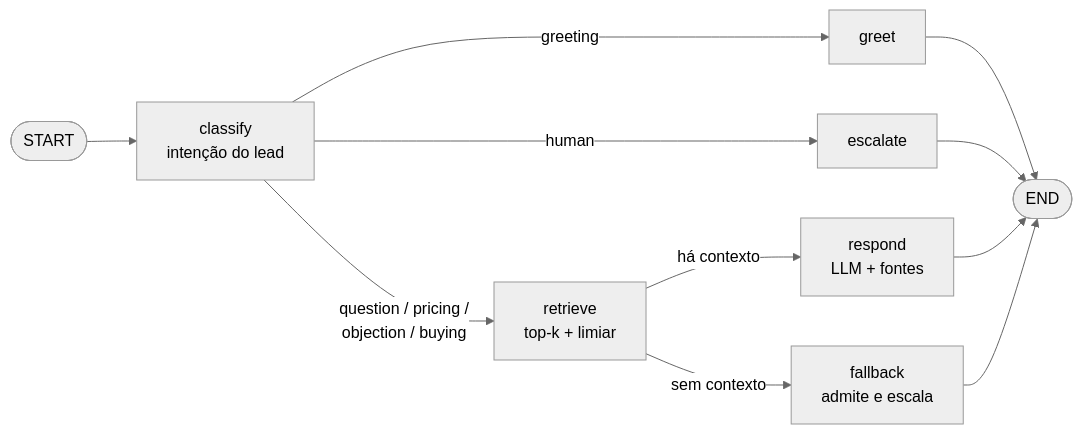
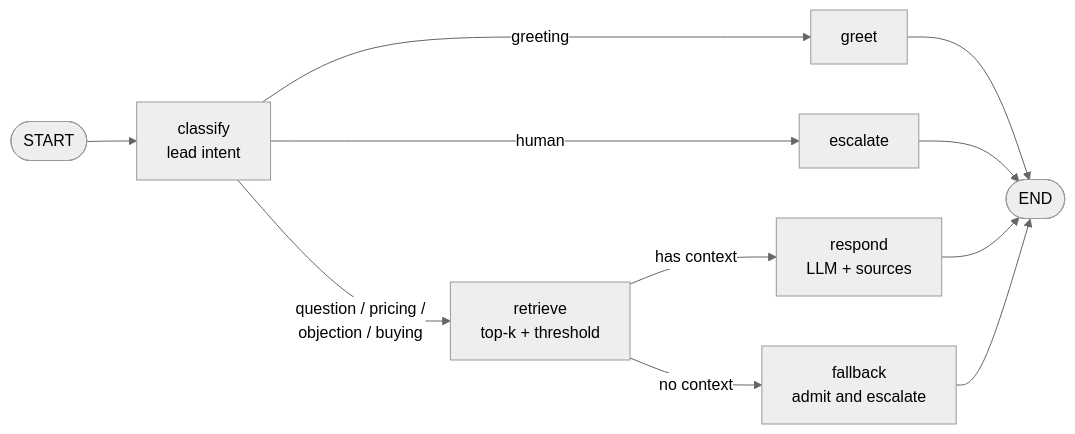
One commit to amonn3/sales-agent-rag changed the diagram in README.md. Above: the diagram before and after it, drawn with Mermaid (neutral theme). The commit also changed other lines of this file, not shown here.

````diff
--- a/README.md
+++ b/README.md
@@ -15,13 +17,13 @@
 ```mermaid
 flowchart LR
-    S([START]) --> C[classify<br/>intenção do lead]
+    S([START]) --> C[classify<br/>lead intent]
     C -->|greeting| G[greet]
     C -->|human| E[escalate]
-    C -->|question / pricing /<br/>objection / buying| R[retrieve<br/>top-k + limiar]
-    R -->|há contexto| A[respond<br/>LLM + fontes]
-    R -->|sem contexto| F[fallback<br/>admite e escala]
+    C -->|question / pricing /<br/>objection / buying| R[retrieve<br/>top-k + threshold]
+    R -->|has context| A[respond<br/>LLM + sources]
+    R -->|no context| F[fallback<br/>admit and escalate]
     G --> X([END])
     E --> X
     A --> X
     F --> X
 ```
````
